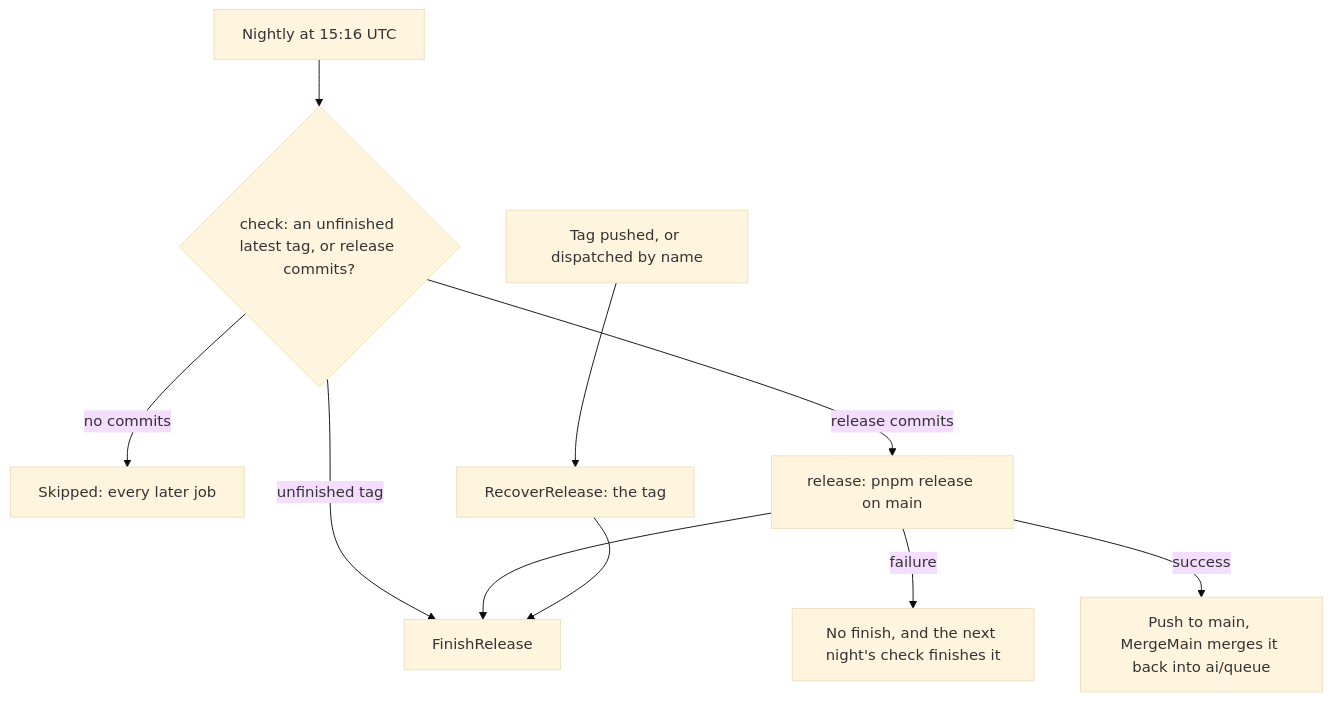
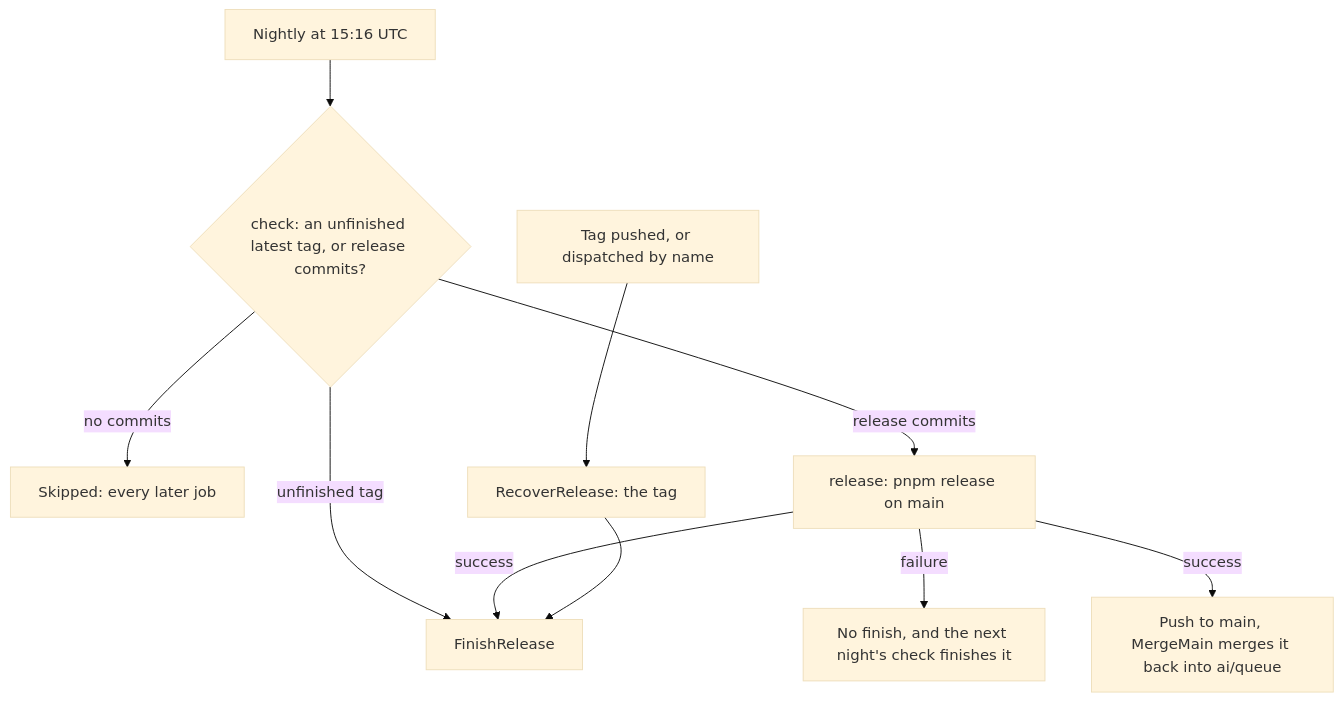
Before and after one commit to Esposter/Esposter: the diagram in openspec/specs/architecture/release-flow/design.md, drawn with Mermaid (base theme). The commit also changed other lines of this file and 9 other files, not shown here.

````diff
--- a/openspec/specs/architecture/release-flow/design.md
+++ b/openspec/specs/architecture/release-flow/design.md
@@ -7,13 +7,13 @@
 ```mermaid
 flowchart TD
   Night[Nightly at 15:16 UTC] --> Check{check: an unfinished latest tag, or release commits?}
   Check -- unfinished tag --> Finish
   Check -- no commits --> Skip[Skipped: every later job]
   Check -- release commits --> Release[release: pnpm release on main]
   Release -- failure --> Held[No finish, and the next night's check finishes it]
   Release -- success --> Main[Push to main, MergeMain merges it back into ai/queue]
-  Release --> Finish
+  Release -- success --> Finish
   Push[Tag pushed, or dispatched by name] --> Recover[RecoverRelease: the tag]
   Recover --> Finish
   Finish[FinishRelease]
 ```
````
